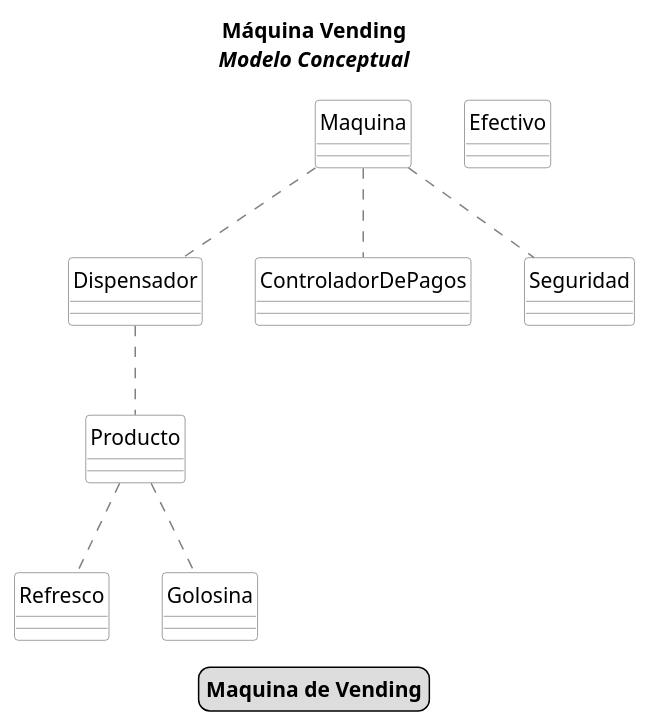
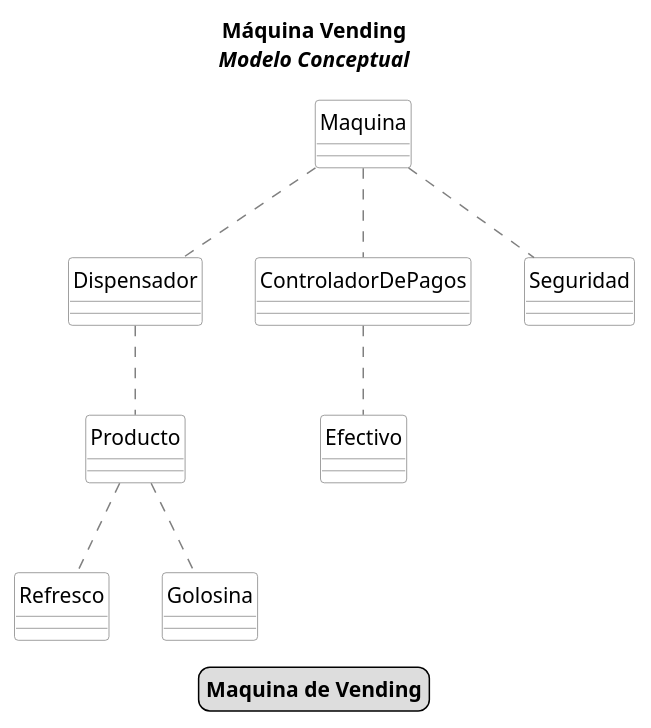
Before and after one commit to srlopez/RUP: the fifth of 8 diagrams in ejemplos/maquina_vending.md, drawn with PlantUML. The commit also changed other lines of this file, not shown here.

````diff
--- a/ejemplos/maquina_vending.md
+++ b/ejemplos/maquina_vending.md
@@ -325,28 +328,27 @@
 ```plantuml
 @startuml
 ' left to right direction
 title == Máquina Vending ==\n<i>Modelo Conceptual</i>
 skinparam class {
   skinparam monochrome true
   skinparam shadowing false
   BackgroundColor White
   BorderColor Gray
   ' FontName Consolas
   ArrowColor Gray
 }
 scale 1
 legend center
     <b>Maquina de Vending</b>
 endlegend
 hide  circle
 
 Maquina .. Dispensador 
 Maquina .. ControladorDePagos
 Maquina .. Seguridad
 Dispensador .. Producto
 Producto .. Refresco
 Producto .. Golosina 
-class  Efectivo
-
+ControladorDePagos .. Efectivo 
 @enduml
 ```
````
